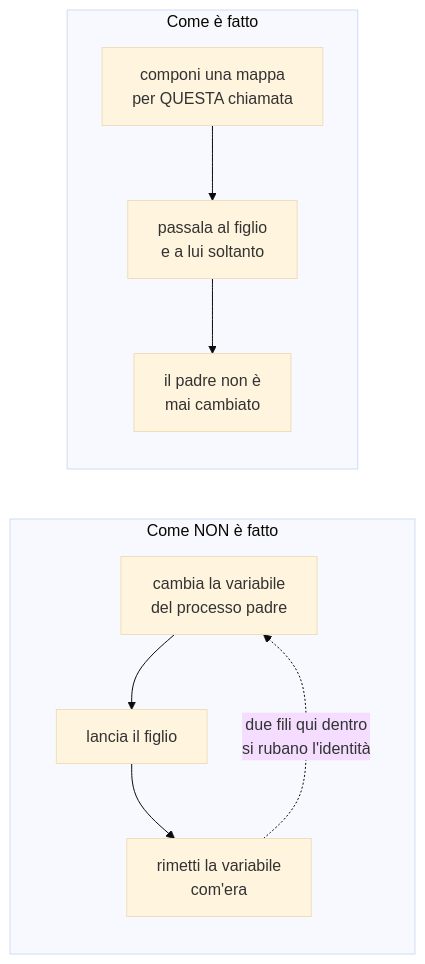
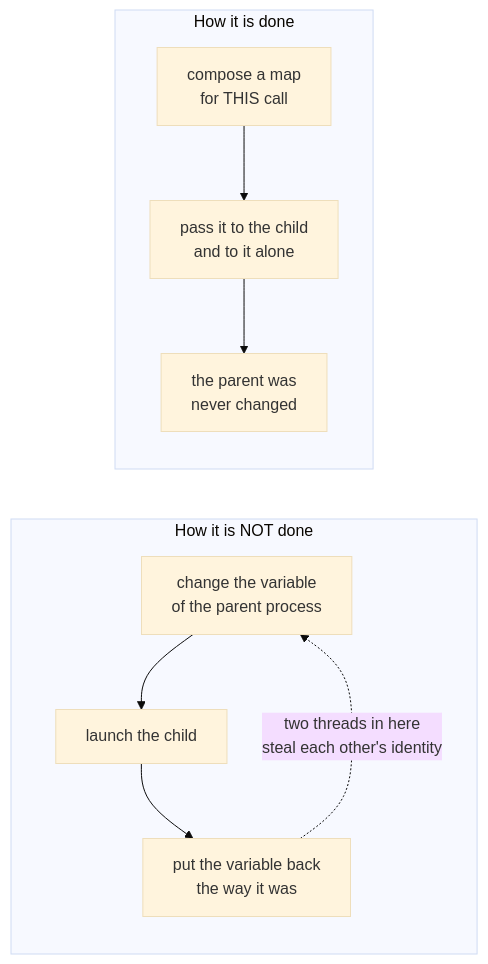
The second of 6 diagrams in docs/how-credentials-reach-the-engines.md (SIRTHEO/sailor), drawn with Mermaid (base theme) before and after one commit. The commit also changed other lines of this file, not shown here.

First line of the commit message:
docs(credentials): how credentials reach the engines, readable by whoever runs them

````diff
--- a/docs/how-credentials-reach-the-engines.md
+++ b/docs/how-credentials-reach-the-engines.md
@@ -42,14 +42,14 @@
 ```mermaid
 flowchart LR
-    subgraph SBAGLIATO["Come NON è fatto"]
+    subgraph WRONG["How it is NOT done"]
         direction TB
-        S1["cambia la variabile<br/>del processo padre"] --> S2["lancia il figlio"]
-        S2 --> S3["rimetti la variabile<br/>com'era"]
-        S3 -.->|"due fili qui dentro<br/>si rubano l'identità"| S1
+        S1["change the variable<br/>of the parent process"] --> S2["launch the child"]
+        S2 --> S3["put the variable back<br/>the way it was"]
+        S3 -.->|"two threads in here<br/>steal each other's identity"| S1
     end
-    subgraph GIUSTO["Come è fatto"]
+    subgraph RIGHT["How it is done"]
         direction TB
-        G1["componi una mappa<br/>per QUESTA chiamata"] --> G2["passala al figlio<br/>e a lui soltanto"]
-        G2 --> G3["il padre non è<br/>mai cambiato"]
+        G1["compose a map<br/>for THIS call"] --> G2["pass it to the child<br/>and to it alone"]
+        G2 --> G3["the parent was<br/>never changed"]
     end
 ```
````
